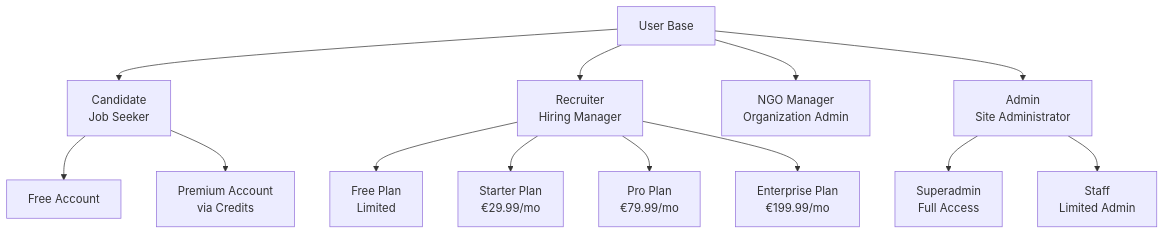
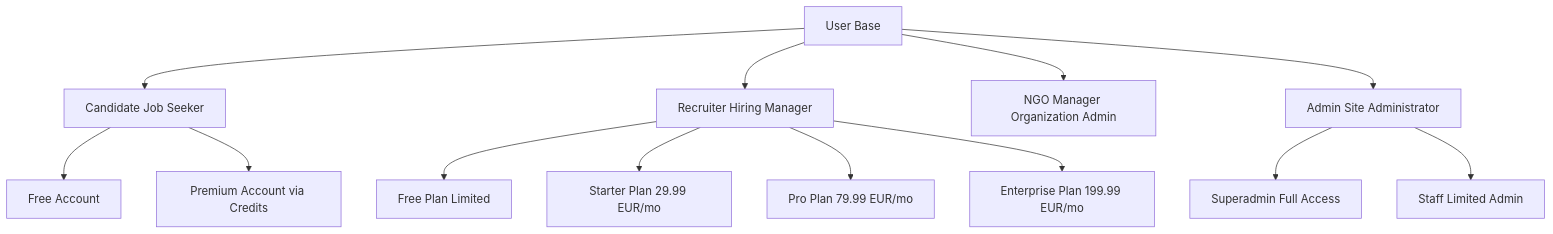
Before and after one commit to adil77672/recruitment-platform-docs: the ninth of 17 diagrams in SYSTEM_DOCUMENTATION.md, drawn with Mermaid. The commit also changed other lines of this file, not shown here.

````diff
--- a/SYSTEM_DOCUMENTATION.md
+++ b/SYSTEM_DOCUMENTATION.md
@@ -1018,19 +1043,19 @@
 ```mermaid
 graph TD
     USER[User Base]
-    USER --> CANDIDATE[Candidate<br/>Job Seeker]
-    USER --> RECRUITER[Recruiter<br/>Hiring Manager]
-    USER --> NGO_MGR[NGO Manager<br/>Organization Admin]
-    USER --> ADMIN[Admin<br/>Site Administrator]
+    USER --> CANDIDATE[Candidate Job Seeker]
+    USER --> RECRUITER[Recruiter Hiring Manager]
+    USER --> NGO_MGR[NGO Manager Organization Admin]
+    USER --> ADMIN[Admin Site Administrator]
     
     CANDIDATE --> CAND_FREE[Free Account]
-    CANDIDATE --> CAND_PREMIUM[Premium Account<br/>via Credits]
+    CANDIDATE --> CAND_PREMIUM[Premium Account via Credits]
     
-    RECRUITER --> REC_FREE[Free Plan<br/>Limited]
-    RECRUITER --> REC_STARTER[Starter Plan<br/>€29.99/mo]
-    RECRUITER --> REC_PRO[Pro Plan<br/>€79.99/mo]
-    RECRUITER --> REC_ENTERPRISE[Enterprise Plan<br/>€199.99/mo]
+    RECRUITER --> REC_FREE[Free Plan Limited]
+    RECRUITER --> REC_STARTER[Starter Plan 29.99 EUR/mo]
+    RECRUITER --> REC_PRO[Pro Plan 79.99 EUR/mo]
+    RECRUITER --> REC_ENTERPRISE[Enterprise Plan 199.99 EUR/mo]
     
-    ADMIN --> SUPERADMIN[Superadmin<br/>Full Access]
-    ADMIN --> STAFF[Staff<br/>Limited Admin]
+    ADMIN --> SUPERADMIN[Superadmin Full Access]
+    ADMIN --> STAFF[Staff Limited Admin]
 ```
````
